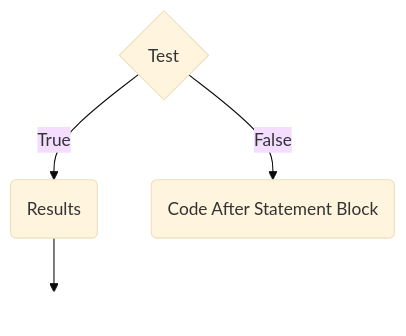
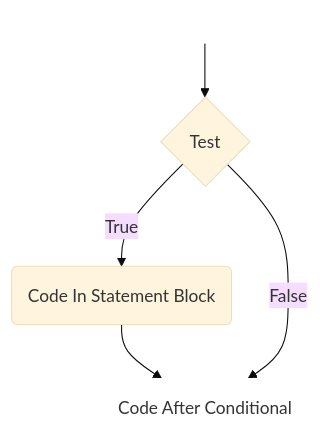
The first of 2 diagrams in content/1_IntroToCoding/2_MakingThings_Happen/1_Lesson_1/index.md (lsu-ddem/pathways-site), drawn with Mermaid (base theme) before and after one commit. The commit also changed other lines of this file, not shown here.

```diff
--- a/content/1_IntroToCoding/2_MakingThings_Happen/1_Lesson_1/index.md
+++ b/content/1_IntroToCoding/2_MakingThings_Happen/1_Lesson_1/index.md
@@ -5,9 +5,10 @@
 {{<mermaid align="center">}}
 graph TD
-A{Test} -->|True| B(Results)
-A{Test} -->|False| C(Code After Statement Block)
-B--> STOP[ ]
-
-
-style STOP  fill:#FFFFFF, stroke:#FFFFFF;
+START[ ]
+START --> A
+A{Test} -->|True| B(Code In Statement Block)
+B--> C
+A{Test} -->|False| C(Code After Conditional)
+style START fill:#FFFFFF, stroke:#FFFFFF;
+style C fill:#FFFFFF, stroke:#FFFFFF;
 {{< /mermaid >}}
```
